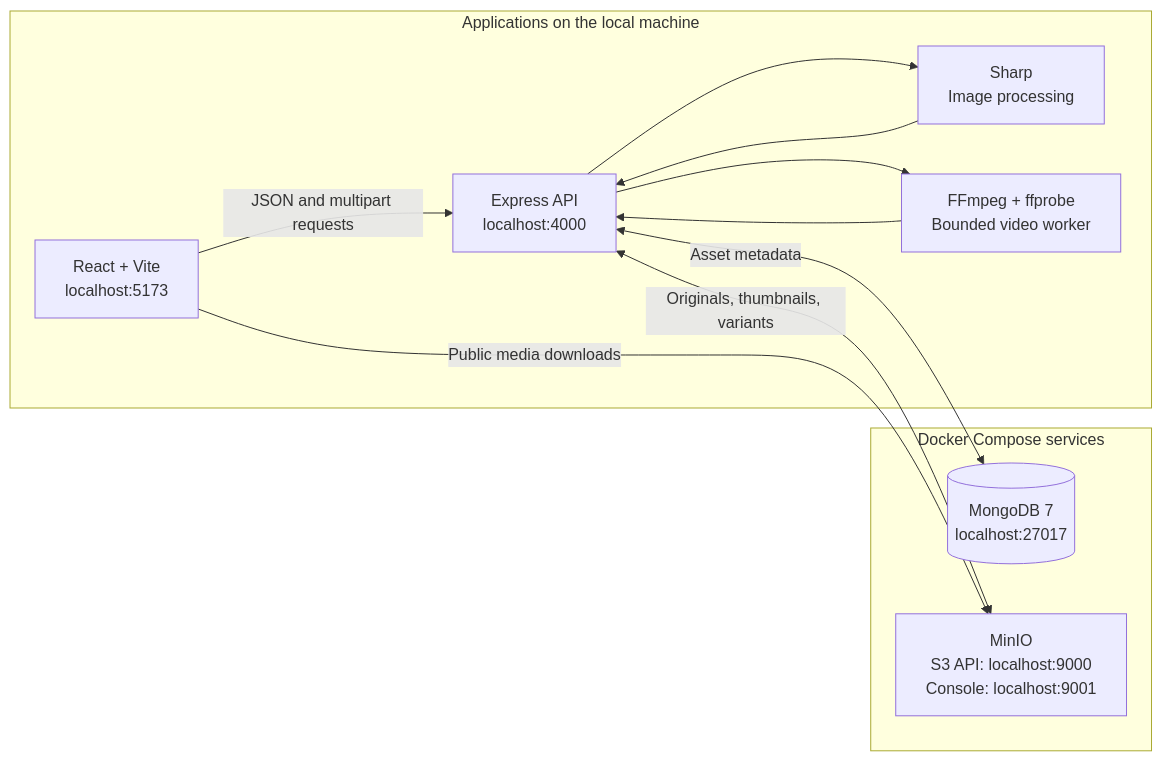
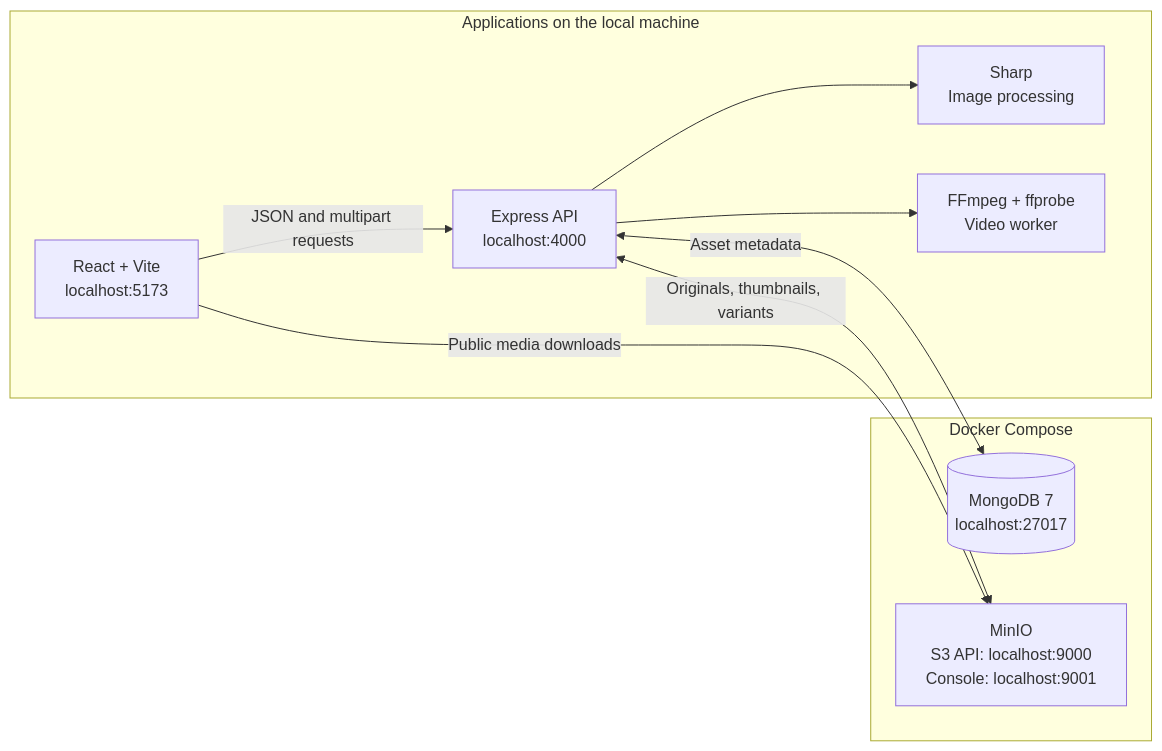
One commit to dhruv086/frame-media-library changed the diagram in README.md. Above: the diagram before and after it, drawn with Mermaid. The commit also changed other lines of this file, not shown here.

````diff
--- a/README.md
+++ b/README.md
@@ -190,23 +30,21 @@
 ```mermaid
 flowchart LR
     subgraph App["Applications on the local machine"]
         UI["React + Vite<br/>localhost:5173"]
         API["Express API<br/>localhost:4000"]
         Images["Sharp<br/>Image processing"]
-        Video["FFmpeg + ffprobe<br/>Bounded video worker"]
+        Video["FFmpeg + ffprobe<br/>Video worker"]
     end
 
-    subgraph Services["Docker Compose services"]
+    subgraph Services["Docker Compose"]
         DB[("MongoDB 7<br/>localhost:27017")]
         Storage["MinIO<br/>S3 API: localhost:9000<br/>Console: localhost:9001"]
     end
 
     UI -->|"JSON and multipart requests"| API
     API <-->|"Asset metadata"| DB
     API <-->|"Originals, thumbnails, variants"| Storage
     API --> Images
-    Images --> API
     API --> Video
-    Video --> API
     UI -->|"Public media downloads"| Storage
 ```
````
